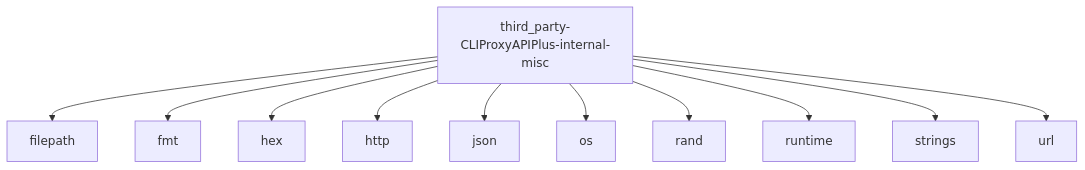
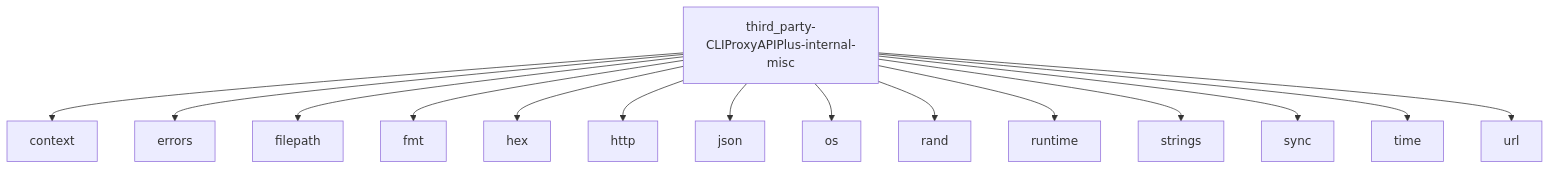
The diagram in .agentlens/modules/third_party-CLIProxyAPIPlus-internal-misc/imports.md (0xTract0r/quotio), drawn with Mermaid before and after one commit. The commit also changed other lines of this file and 126 other files, not shown here.

````diff
--- a/.agentlens/modules/third_party-CLIProxyAPIPlus-internal-misc/imports.md
+++ b/.agentlens/modules/third_party-CLIProxyAPIPlus-internal-misc/imports.md
@@ -7,13 +7,17 @@
 ```mermaid
 graph TD
+    third_party_CLIProxyAPIPlus_internal_misc[third_party-CLIProxyAPIPlus-internal-misc] --> context[context]
+    third_party_CLIProxyAPIPlus_internal_misc[third_party-CLIProxyAPIPlus-internal-misc] --> errors[errors]
     third_party_CLIProxyAPIPlus_internal_misc[third_party-CLIProxyAPIPlus-internal-misc] --> filepath[filepath]
     third_party_CLIProxyAPIPlus_internal_misc[third_party-CLIProxyAPIPlus-internal-misc] --> fmt[fmt]
     third_party_CLIProxyAPIPlus_internal_misc[third_party-CLIProxyAPIPlus-internal-misc] --> hex[hex]
     third_party_CLIProxyAPIPlus_internal_misc[third_party-CLIProxyAPIPlus-internal-misc] --> http[http]
     third_party_CLIProxyAPIPlus_internal_misc[third_party-CLIProxyAPIPlus-internal-misc] --> json[json]
     third_party_CLIProxyAPIPlus_internal_misc[third_party-CLIProxyAPIPlus-internal-misc] --> os[os]
     third_party_CLIProxyAPIPlus_internal_misc[third_party-CLIProxyAPIPlus-internal-misc] --> rand[rand]
     third_party_CLIProxyAPIPlus_internal_misc[third_party-CLIProxyAPIPlus-internal-misc] --> runtime[runtime]
     third_party_CLIProxyAPIPlus_internal_misc[third_party-CLIProxyAPIPlus-internal-misc] --> strings[strings]
+    third_party_CLIProxyAPIPlus_internal_misc[third_party-CLIProxyAPIPlus-internal-misc] --> sync[sync]
+    third_party_CLIProxyAPIPlus_internal_misc[third_party-CLIProxyAPIPlus-internal-misc] --> time[time]
     third_party_CLIProxyAPIPlus_internal_misc[third_party-CLIProxyAPIPlus-internal-misc] --> url[url]
 ```
````
